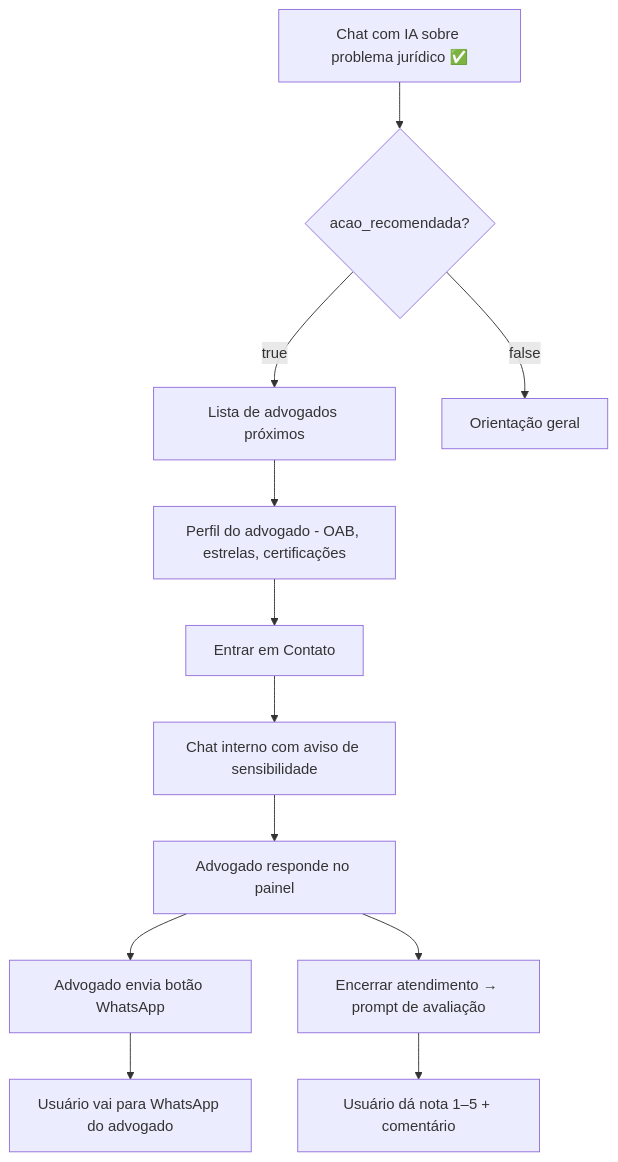
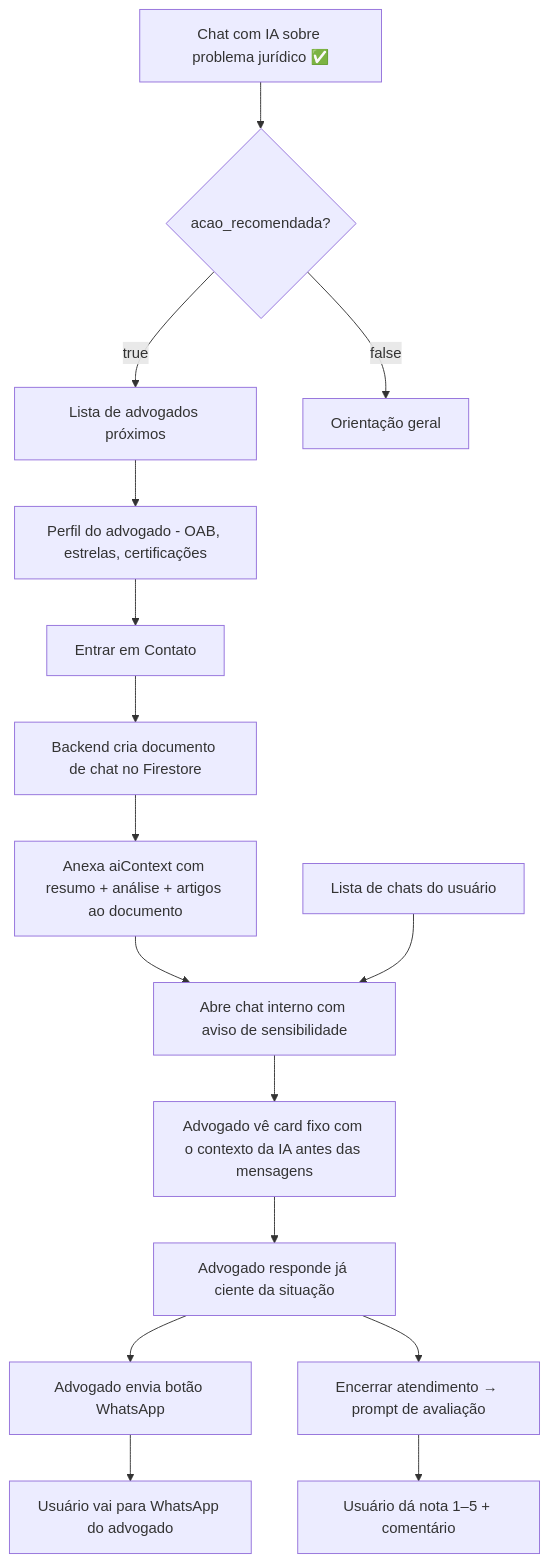
Before and after one commit to dryingcore/JuridicAI: the third of 6 diagrams in README.md, drawn with Mermaid. The commit also changed other lines of this file, not shown here.

Commit message:
docs: update Phase 4 roadmap to include AI context integration and chat management features

````diff
--- a/README.md
+++ b/README.md
@@ -141,18 +141,24 @@
 ```mermaid
 flowchart TD
     IA[Chat com IA sobre problema jurídico ✅]
     IA --> Analise{acao_recomendada?}
     Analise -->|true| ListaAdv[Lista de advogados próximos]
     Analise -->|false| Orientacao[Orientação geral]
 
     ListaAdv --> VerPerfil[Perfil do advogado - OAB, estrelas, certificações]
     VerPerfil --> Contato[Entrar em Contato]
 
-    Contato --> ChatInterno[Chat interno com aviso de sensibilidade]
-    ChatInterno --> AdvResponde[Advogado responde no painel]
+    Contato --> CriaChat[Backend cria documento de chat no Firestore]
+    CriaChat --> AnexaContexto[Anexa aiContext com resumo + análise + artigos ao documento]
+    AnexaContexto --> ChatInterno[Abre chat interno com aviso de sensibilidade]
+
+    ChatInterno --> AdvVeContexto[Advogado vê card fixo com o contexto da IA antes das mensagens]
+    AdvVeContexto --> AdvResponde[Advogado responde já ciente da situação]
     AdvResponde --> BotaoWhats[Advogado envia botão WhatsApp]
     BotaoWhats --> Redirect[Usuário vai para WhatsApp do advogado]
 
     AdvResponde --> FeedbackPrompt[Encerrar atendimento → prompt de avaliação]
     FeedbackPrompt --> Estrelas[Usuário dá nota 1–5 + comentário]
+
+    ListaChatsUser[Lista de chats do usuário] --> ChatInterno
 ```
````
